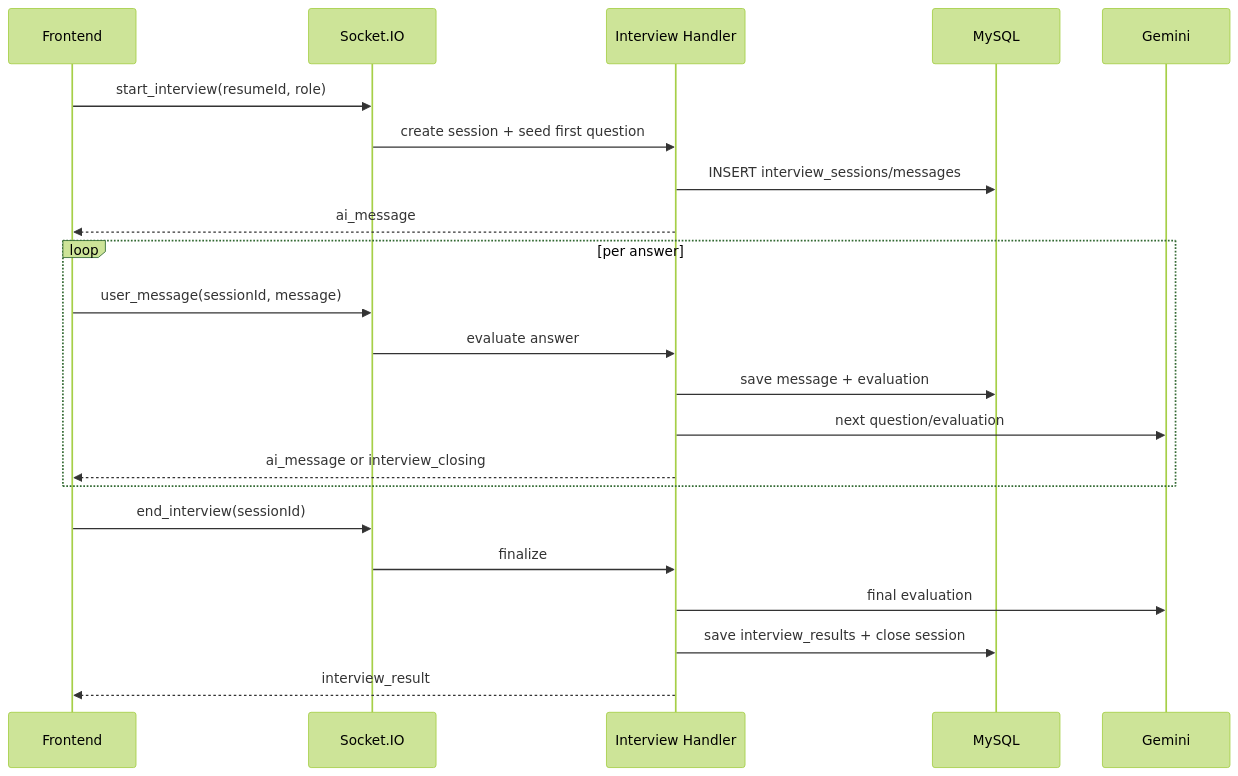
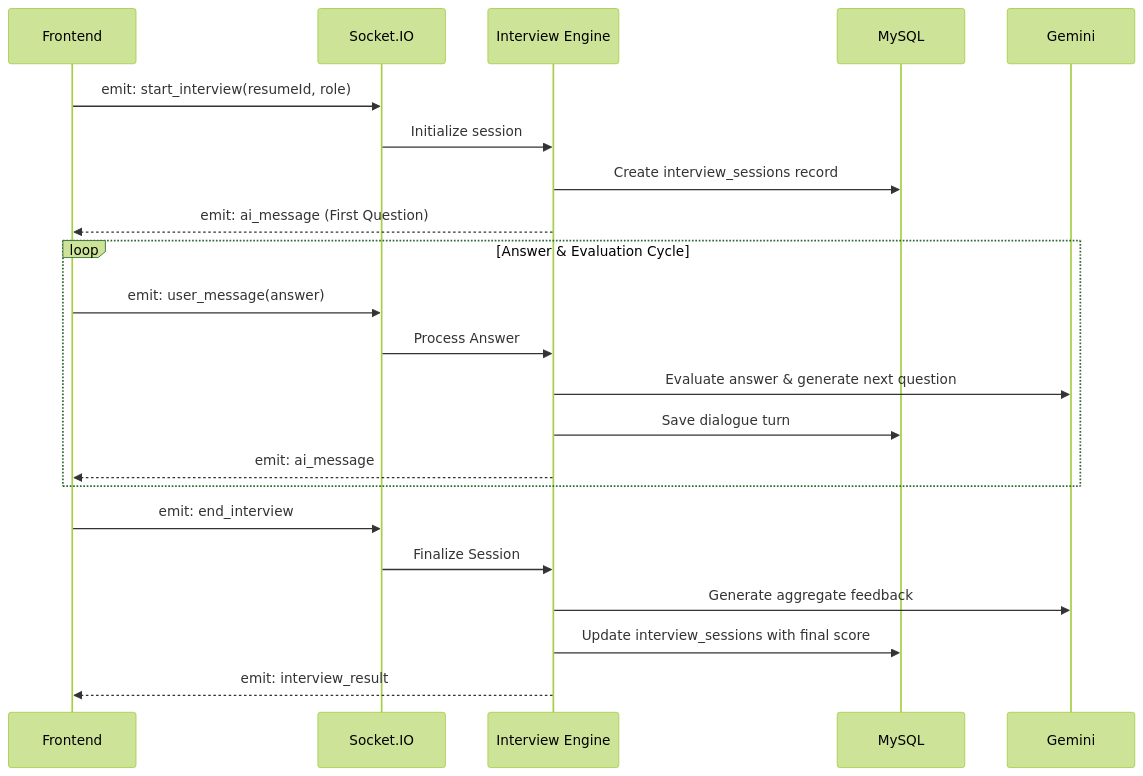
One commit to bhavik-sorathiya/SkillWise changed the third of 3 diagrams in docs/architecture.md. Above: the diagram before and after it, drawn with Mermaid (forest theme). The commit also changed other lines of this file and 17 other files, not shown here.

````diff
--- a/docs/architecture.md
+++ b/docs/architecture.md
@@ -51,27 +58,27 @@
 ```mermaid
 sequenceDiagram
   participant FE as Frontend
   participant IO as Socket.IO
-  participant API as Interview Handler
+  participant API as Interview Engine
   participant DB as MySQL
   participant AI as Gemini
 
-  FE->>IO: start_interview(resumeId, role)
-  IO->>API: create session + seed first question
-  API->>DB: INSERT interview_sessions/messages
-  API-->>FE: ai_message
+  FE->>IO: emit: start_interview(resumeId, role)
+  IO->>API: Initialize session
+  API->>DB: Create interview_sessions record
+  API-->>FE: emit: ai_message (First Question)
 
-  loop per answer
-    FE->>IO: user_message(sessionId, message)
-    IO->>API: evaluate answer
-    API->>DB: save message + evaluation
-    API->>AI: next question/evaluation
-    API-->>FE: ai_message or interview_closing
+  loop Answer & Evaluation Cycle
+    FE->>IO: emit: user_message(answer)
+    IO->>API: Process Answer
+    API->>AI: Evaluate answer & generate next question
+    API->>DB: Save dialogue turn
+    API-->>FE: emit: ai_message
   end
 
-  FE->>IO: end_interview(sessionId)
-  IO->>API: finalize
-  API->>AI: final evaluation
-  API->>DB: save interview_results + close session
-  API-->>FE: interview_result
+  FE->>IO: emit: end_interview
+  IO->>API: Finalize Session
+  API->>AI: Generate aggregate feedback
+  API->>DB: Update interview_sessions with final score
+  API-->>FE: emit: interview_result
 ```
````
